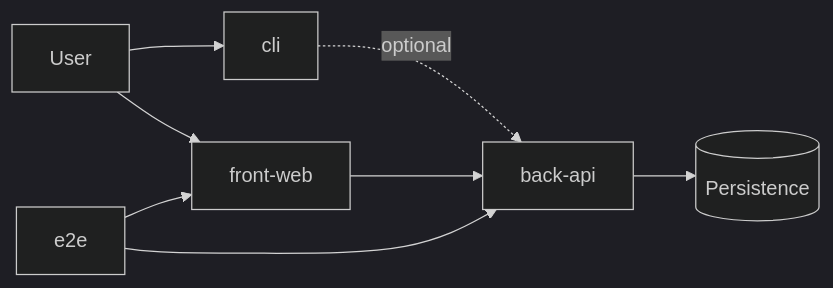
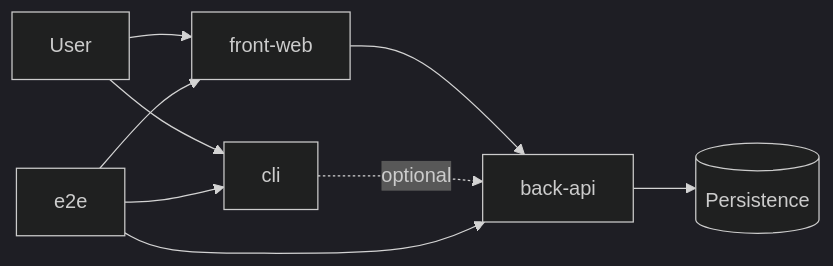
One commit to AIDDbot/AIDDbot changed the diagram in docs/principles/system.md. Above: the diagram before and after it, drawn with Mermaid (dark theme). The commit also changed other lines of this file and 8 other files, not shown here.

First line of the commit message:
refactor(skills): tighten /architect-system-foundation for a local cli

````diff
--- a/docs/principles/system.md
+++ b/docs/principles/system.md
@@ -9,10 +9,11 @@
 ```mermaid
 flowchart LR
     USER[User] --> CLI[cli]
     USER --> FRONT[front-web]
     FRONT --> BACK[back-api]
     CLI -. optional .-> BACK
     BACK --> DATA[(Persistence)]
     E2E[e2e] --> FRONT
     E2E --> BACK
+    E2E --> CLI
 ```
````
